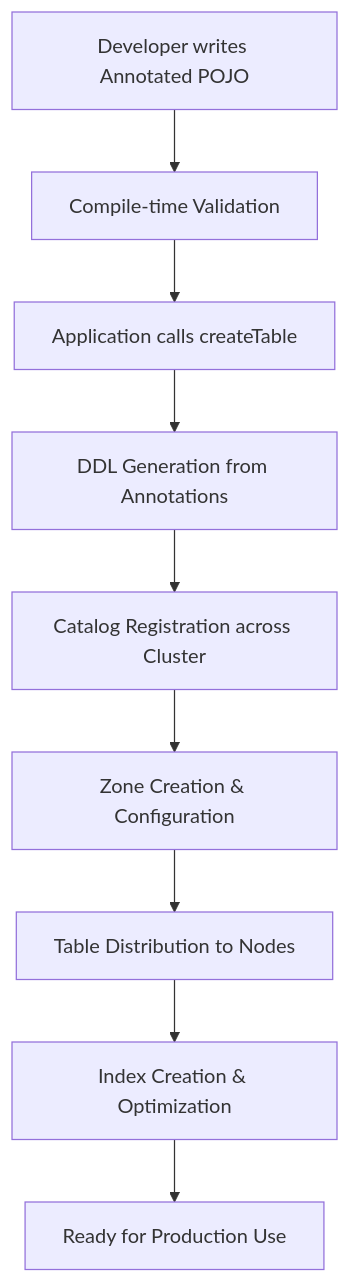
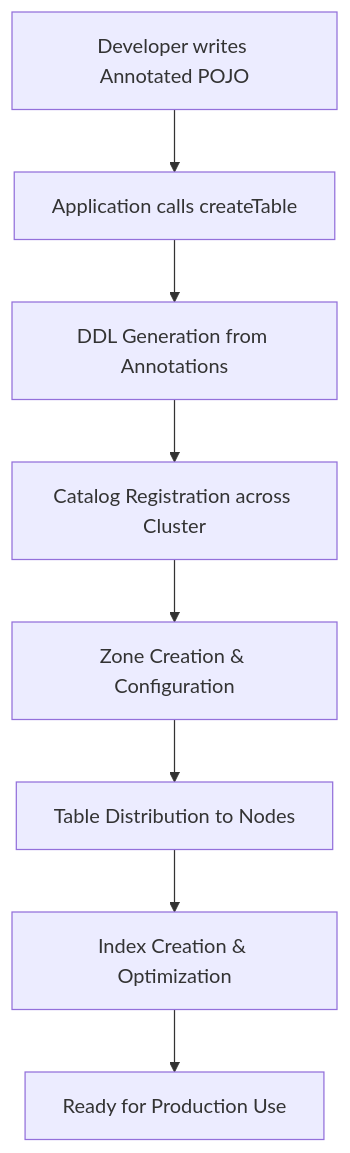
Before and after one commit to maglietti/ignite3-java-api-primer: the diagram in docs/02-schema-design/01-basic-annotations.md, drawn with Mermaid. The commit also changed other lines of this file and 9 other files, not shown here.

````diff
--- a/docs/02-schema-design/01-basic-annotations.md
+++ b/docs/02-schema-design/01-basic-annotations.md
@@ -163,11 +163,10 @@
 ```mermaid
 flowchart TD
-    A["Developer writes Annotated POJO"] --> B["Compile-time Validation"]
-    B --> C["Application calls createTable"]
+    A["Developer writes Annotated POJO"] --> C["Application calls createTable"]
     C --> D["DDL Generation from Annotations"]
     D --> E["Catalog Registration across Cluster"]
     E --> F["Zone Creation & Configuration"]
     F --> G["Table Distribution to Nodes"]
     G --> H["Index Creation & Optimization"]
     H --> I["Ready for Production Use"]
 ```
````
